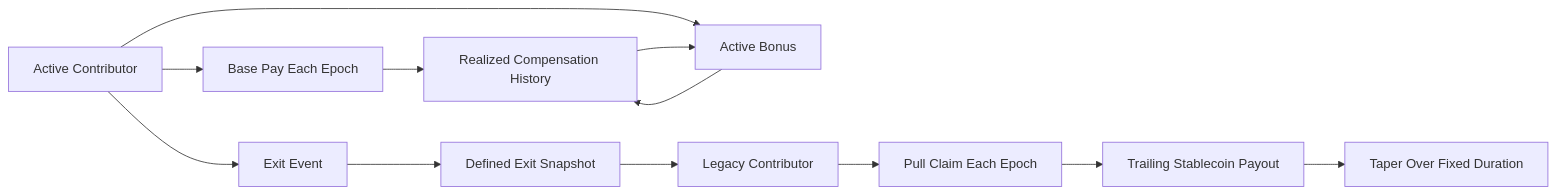
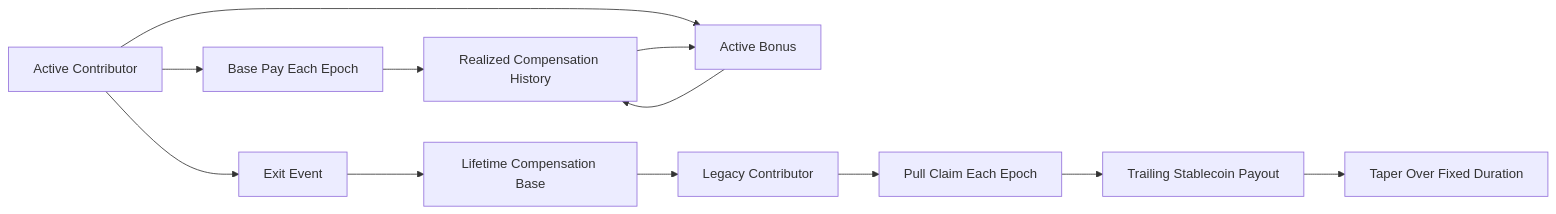
One commit to haydenluckadoo-web/Trailing-Labor-Yield changed the second of 6 diagrams in paper/tly_visual_diagrams.md. Above: the diagram before and after it, drawn with Mermaid. The commit also changed other lines of this file and 8 other files, not shown here.

````diff
--- a/paper/tly_visual_diagrams.md
+++ b/paper/tly_visual_diagrams.md
@@ -32,14 +32,14 @@
 ```mermaid
 flowchart LR
     A[Active Contributor] --> B[Base Pay Each Epoch]
     A --> C[Active Bonus]
     C --> D[Realized Compensation History]
     B --> D
     D --> C
     A --> E[Exit Event]
-    E --> F[Defined Exit Snapshot]
+    E --> F[Lifetime Compensation Base]
     F --> G[Legacy Contributor]
     G --> H[Pull Claim Each Epoch]
     H --> I[Trailing Stablecoin Payout]
     I --> J[Taper Over Fixed Duration]
 ```
````
